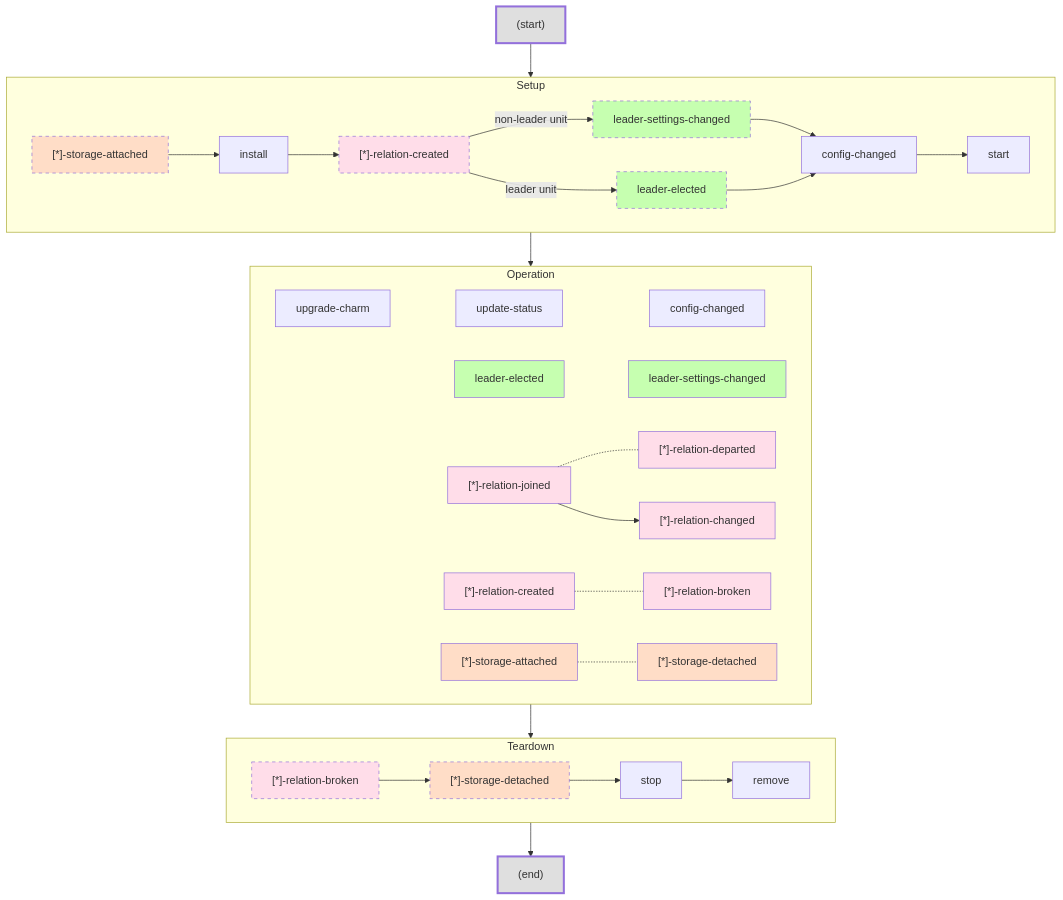
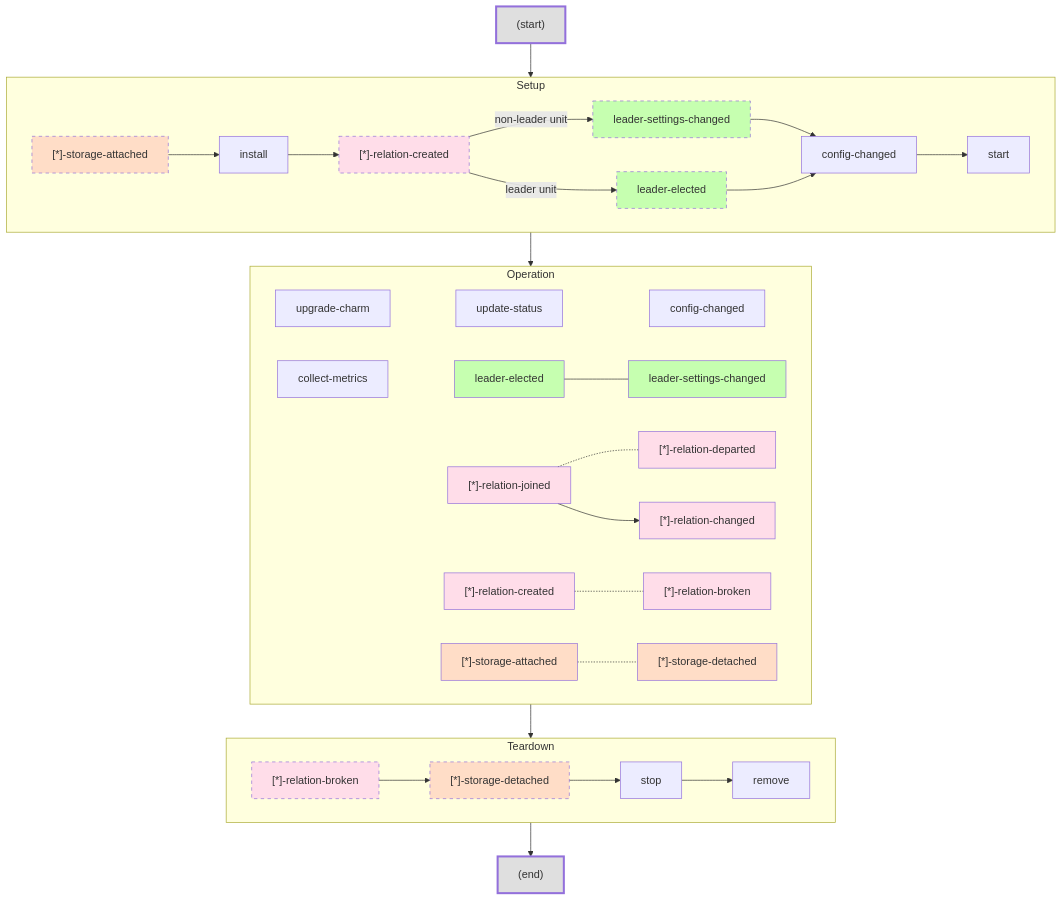
One commit to canonical/charm-events changed the first of 5 diagrams in README.md. Above: the diagram before and after it, drawn with Mermaid. The commit also changed other lines of this file, not shown here.

````diff
--- a/README.md
+++ b/README.md
@@ -17,50 +17,51 @@
 ```mermaid
 flowchart TD
     subgraph Setup
         storage_attached["[*]-storage-attached"]:::optStorageEvent --> install
         install --> relation_created["[*]-relation-created"]:::optRelationEvent
         relation_created --> |leader unit|leader_elected[leader-elected]:::optLeaderEvent
         relation_created --> |non-leader unit|leader_settings_changed[leader-settings-changed]:::optLeaderEvent
         leader_settings_changed --> config_changed[config-changed]
         leader_elected --> config_changed[config-changed]
         config_changed --> start
     end
 
     subgraph Operation
         upgrade_charm[upgrade-charm] --- 
         update_status[update-status] ---
         config_changed_mant[config-changed] 
+        collect_metrics[collect-metrics] ---
         leader_elected_mant[leader-elected]:::leaderEvent --- 
         leader_settings_changed_mant[leader-settings-changed]:::leaderEvent
         relation_joined_mant["[*]-relation-joined"]:::relationEvent -.- relation_departed_mant["[*]-relation-departed"]:::relationEvent
         relation_joined_mant --> relation_changed_mant["[*]-relation-changed"]:::relationEvent 
         relation_created_mant["[*]-relation-created"]:::relationEvent -.- relation_broken_mant["[*]-relation-broken"]:::relationEvent 
         storage_attached_mant["[*]-storage-attached"]:::storageEvent -.- storage_detached_mant["[*]-storage-detached"]:::storageEvent
     end
     
     subgraph Teardown
         relation_broken_teard["[*]-relation-broken"]:::optRelationEvent -->
         storage_detached["[*]-storage-detached"]:::optStorageEvent -->
         stop -->
         remove
     end
     
     Start["(start)"]:::meta --> 
     Setup --> 
     Operation --> 
     Teardown --> 
     End["(end)"]:::meta
 
 linkStyle 7 stroke:#fff0,stroke-width:1px;
 linkStyle 8 stroke:#fff0,stroke-width:1px;
 linkStyle 9 stroke:#fff0,stroke-width:1px;
 
 classDef relationEvent fill:#f9f5;
 classDef storageEvent fill:#f995;
 classDef leaderEvent fill:#5f55;
 classDef meta fill:#1112,stroke-width:3px;
 
 classDef optRelationEvent fill:#f9f5,stroke-dasharray: 5 5;
 classDef optStorageEvent fill:#f995,stroke-dasharray: 5 5;
 classDef optLeaderEvent fill:#5f55,stroke-dasharray: 5 5;
 ```
````
